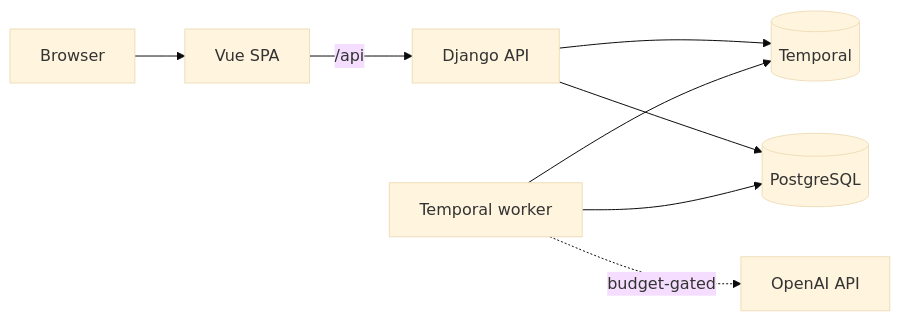
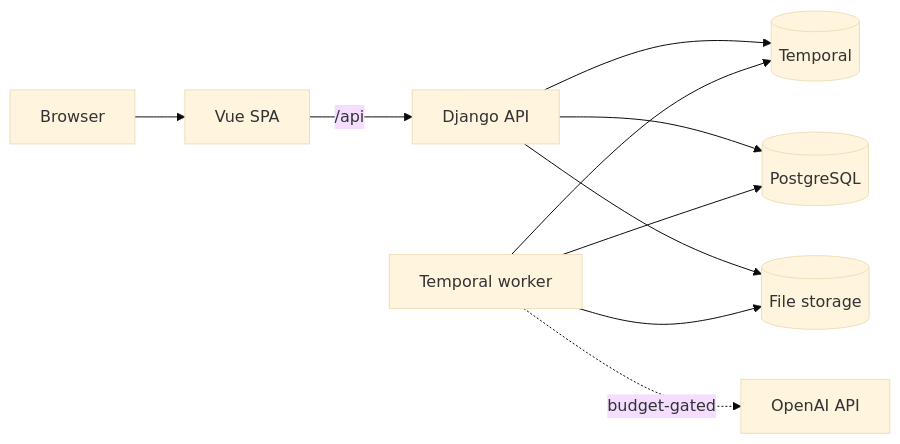
Before and after one commit to alihdrndm/vue-auth-project: the diagram in README.md, drawn with Mermaid (base theme). The commit also changed other lines of this file, not shown here.

````diff
--- a/README.md
+++ b/README.md
@@ -31,10 +36,12 @@
 ```mermaid
 flowchart LR
     browser[Browser] --> web[Vue SPA]
     web -- "/api" --> api[Django API]
     api --> temporal[(Temporal)]
     worker[Temporal worker] --> temporal
     api --> db[(PostgreSQL)]
     worker --> db
     worker -. budget-gated .-> llm[OpenAI API]
+    api --> files[(File storage)]
+    worker --> files
 ```
````
